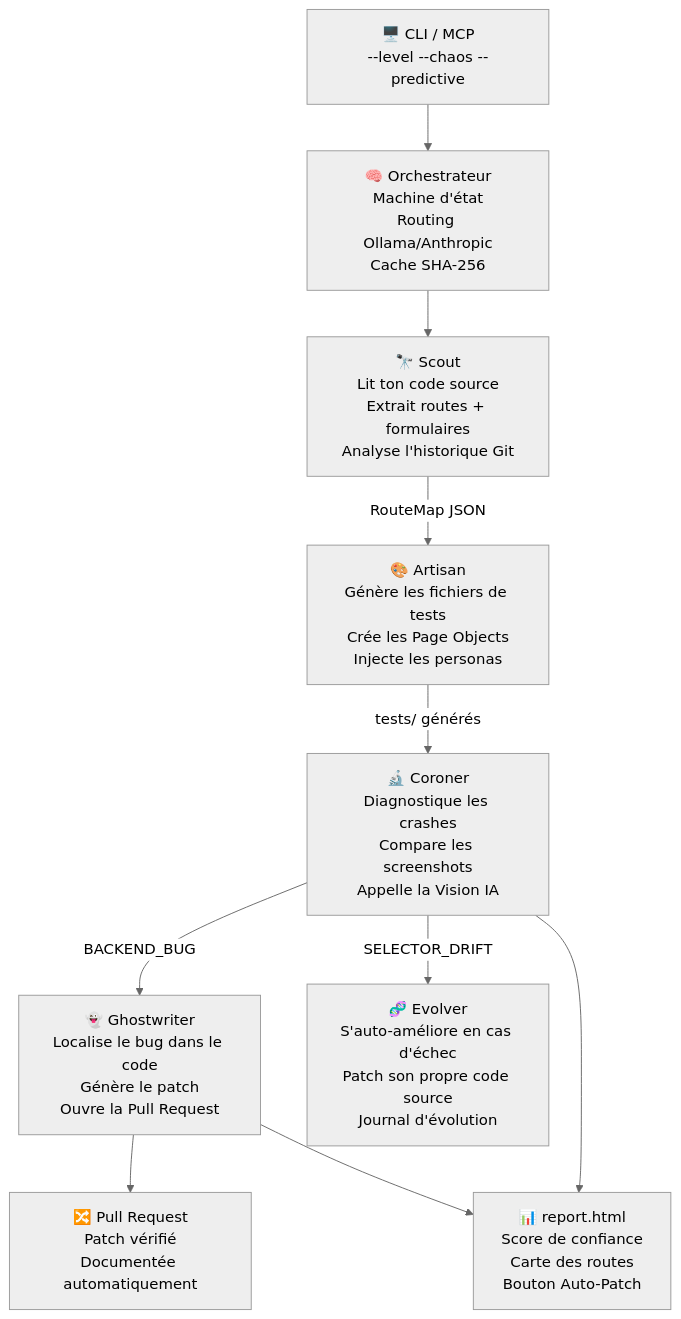
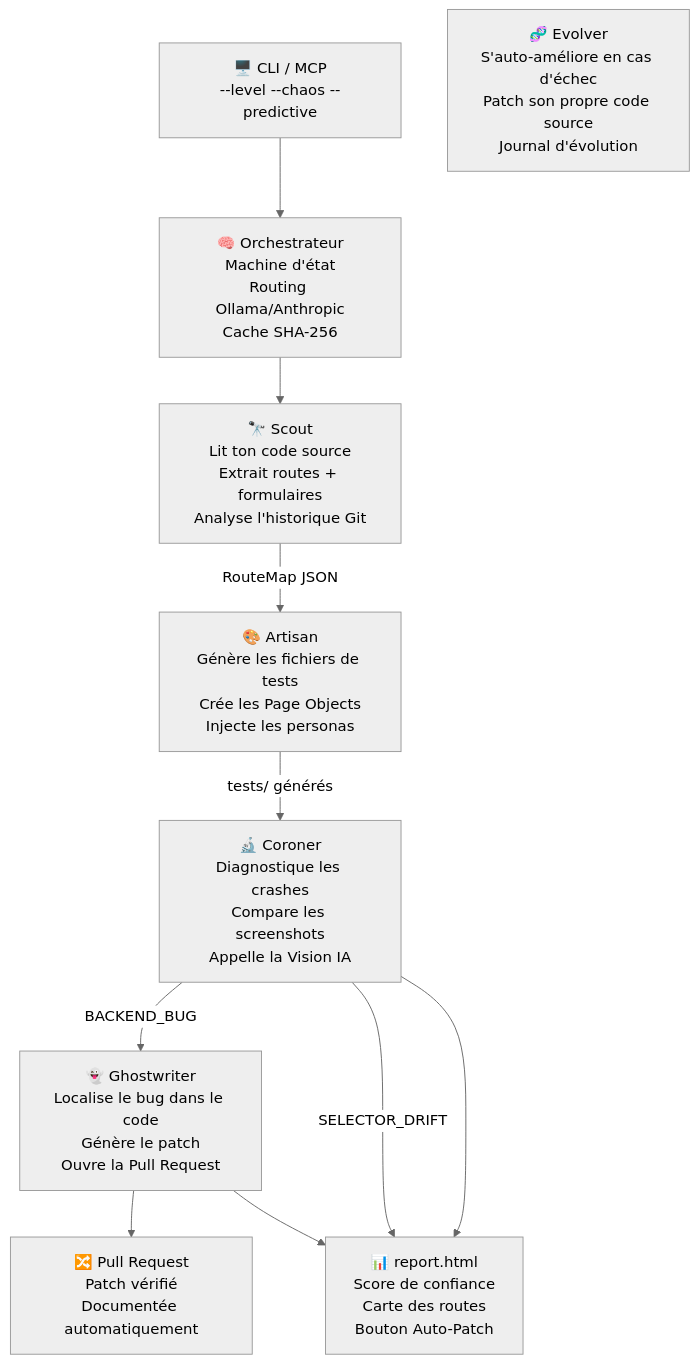
One commit to Aronbfrt/test-end-to-end changed the diagram in README.md. Above: the diagram before and after it, drawn with Mermaid (neutral theme). The commit also changed other lines of this file, not shown here.

````diff
--- a/README.md
+++ b/README.md
@@ -500,25 +500,25 @@
 ```mermaid
 flowchart TD
     CLI["🖥️ CLI / MCP\n--level --chaos --predictive"]
 
     ORC["🧠 Orchestrateur\nMachine d'état\nRouting Ollama/Anthropic\nCache SHA-256"]
 
     SCOUT["🔭 Scout\nLit ton code source\nExtrait routes + formulaires\nAnalyse l'historique Git"]
     ARTISAN["🎨 Artisan\nGénère les fichiers de tests\nCrée les Page Objects\nInjecte les personas"]
     CORONER["🔬 Coroner\nDiagnostique les crashes\nCompare les screenshots\nAppelle la Vision IA"]
     GHOST["👻 Ghostwriter\nLocalise le bug dans le code\nGénère le patch\nOuvre la Pull Request"]
     EVOLVER["🧬 Evolver\nS'auto-améliore en cas d'échec\nPatch son propre code source\nJournal d'évolution"]
 
     REPORT["📊 report.html\nScore de confiance\nCarte des routes\nBouton Auto-Patch"]
     PR["🔀 Pull Request\nPatch vérifié\nDocumentée automatiquement"]
 
     CLI --> ORC
     ORC --> SCOUT
     SCOUT -->|RouteMap JSON| ARTISAN
     ARTISAN -->|tests/ générés| CORONER
     CORONER -->|BACKEND_BUG| GHOST
-    CORONER -->|SELECTOR_DRIFT| EVOLVER
+    CORONER -->|SELECTOR_DRIFT| REPORT
     GHOST --> PR
     CORONER --> REPORT
     GHOST --> REPORT
 ```
````
